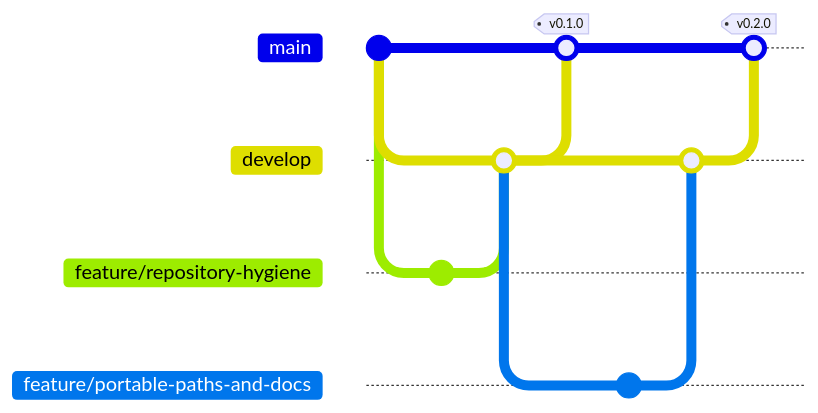
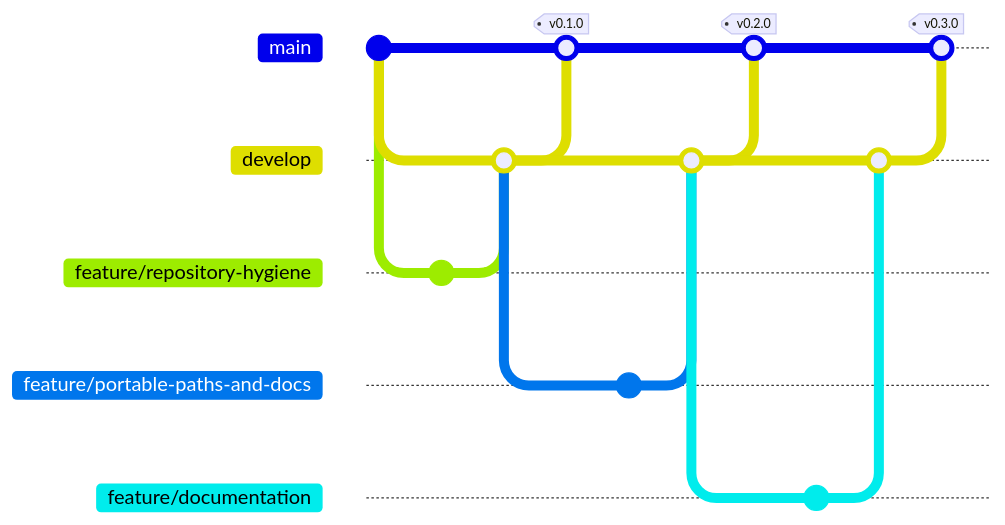
Before and after one commit to danielyatacoblas/omni-agro: the second of 2 diagrams in README.md, drawn with Mermaid. The commit also changed other lines of this file and 1 other file, not shown here. Commit ids are hidden.

Commit message:
docs: regenerate the branch diagram after the release merge
The block quotes counts read from the history, so committing it necessarily
changes what it counts. It is generated last and says "al generar este bloque"
rather than pretending to be live -- a number that drifts silently is worse
than one that says when it was taken.

````diff
--- a/README.md
+++ b/README.md
@@ -144,21 +144,29 @@
 ```mermaid
 gitGraph
    commit id: "import"
    branch develop
    checkout develop
    branch feature/repository-hygiene
    checkout feature/repository-hygiene
    commit
    checkout develop
    merge feature/repository-hygiene
    checkout main
    merge develop tag: "v0.1.0"
    checkout develop
    branch feature/portable-paths-and-docs
    checkout feature/portable-paths-and-docs
    commit
    checkout develop
    merge feature/portable-paths-and-docs
    checkout main
    merge develop tag: "v0.2.0"
+   checkout develop
+   branch feature/documentation
+   checkout feature/documentation
+   commit
+   checkout develop
+   merge feature/documentation
+   checkout main
+   merge develop tag: "v0.3.0"
 ```
````
